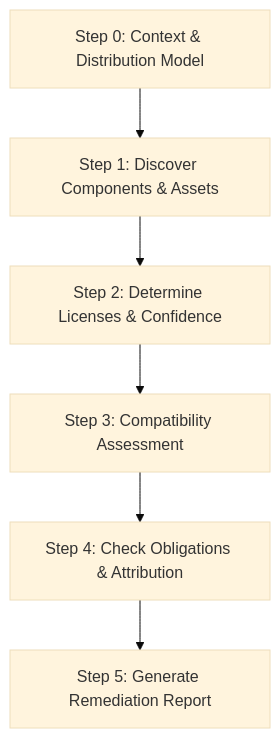
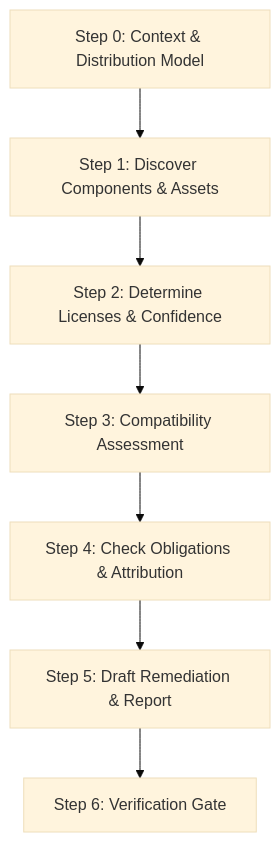
The diagram in skills/license-audit/README.md (sepsarip/agent-skills), drawn with Mermaid (base theme) before and after one commit. The commit also changed other lines of this file and 8 other files, not shown here.

````diff
--- a/skills/license-audit/README.md
+++ b/skills/license-audit/README.md
@@ -39,8 +49,9 @@
 ```mermaid
 flowchart TD
     Step0["Step 0: Context & Distribution Model"] --> Step1["Step 1: Discover Components & Assets"]
     Step1 --> Step2["Step 2: Determine Licenses & Confidence"]
     Step2 --> Step3["Step 3: Compatibility Assessment"]
     Step3 --> Step4["Step 4: Check Obligations & Attribution"]
-    Step4 --> Step5["Step 5: Generate Remediation Report"]
+    Step4 --> Step5["Step 5: Draft Remediation & Report"]
+    Step5 --> Step6["Step 6: Verification Gate"]
 ```
````
